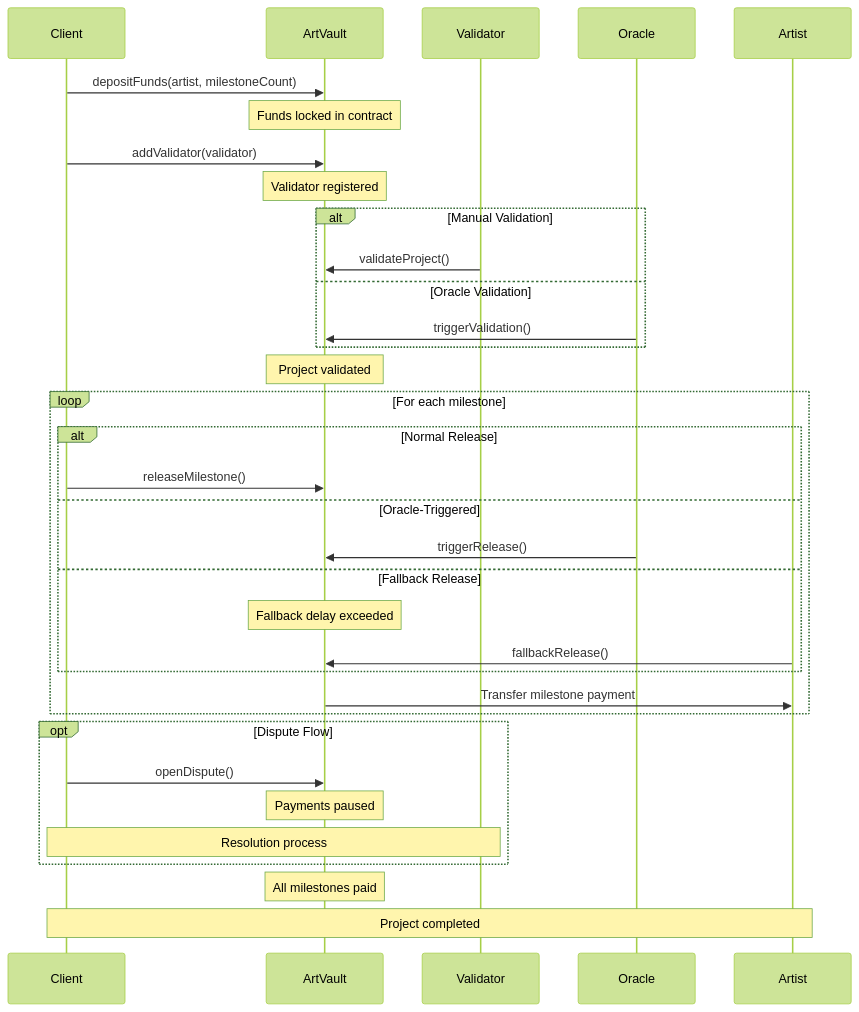
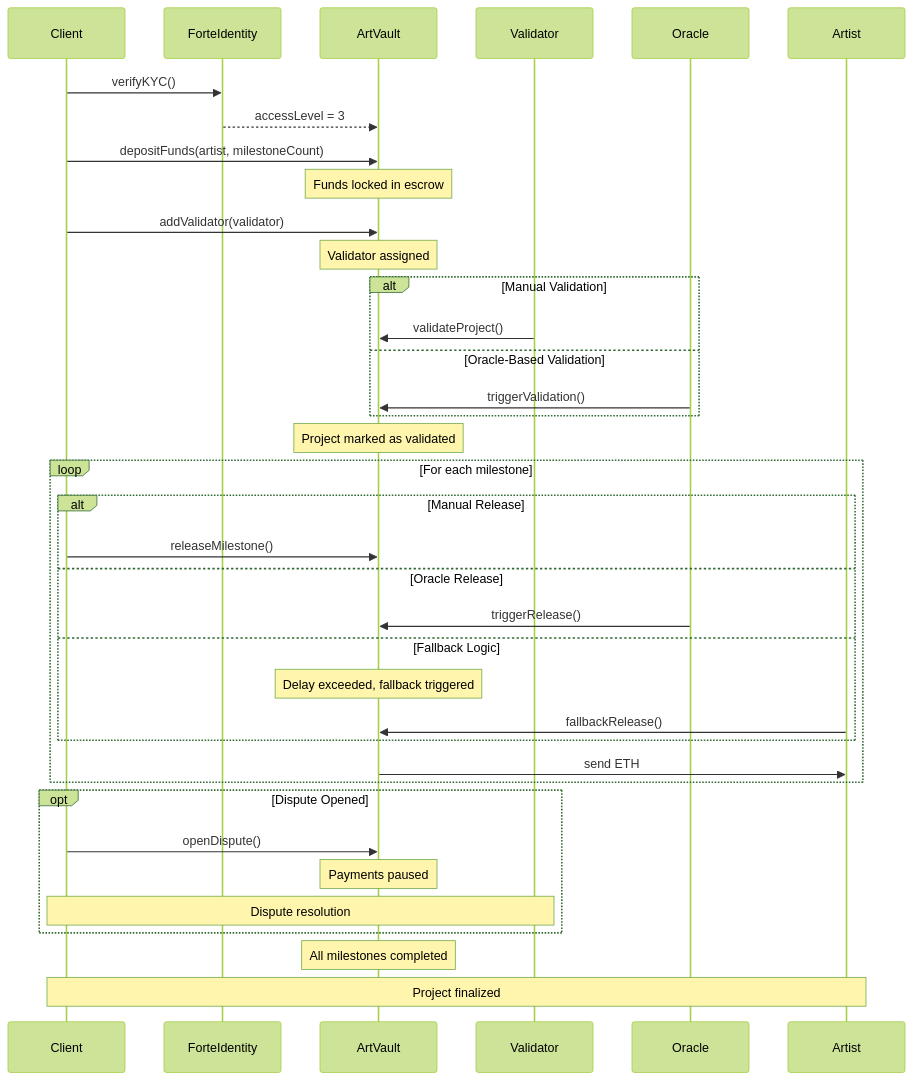
Before and after one commit to HananeBendisari/ArtVault: the diagram in docs/diagram.md, drawn with Mermaid (forest theme). The commit also changed other lines of this file and 3 other files, not shown here.

Commit message:
Update all documentation files: glossary, technical overview, project summary, workflow diagram

````diff
--- a/docs/diagram.md
+++ b/docs/diagram.md
@@ -5,48 +5,51 @@
 ```mermaid
 sequenceDiagram
     participant Client
+    participant ForteIdentity
     participant ArtVault
     participant Validator
     participant Oracle
     participant Artist
 
     %% Initial Setup
+    Client->>ForteIdentity: verifyKYC()
+    ForteIdentity-->>ArtVault: accessLevel = 3
     Client->>ArtVault: depositFunds(artist, milestoneCount)
-    Note over ArtVault: Funds locked in contract
+    Note over ArtVault: Funds locked in escrow
 
     %% Validator Assignment
     Client->>ArtVault: addValidator(validator)
-    Note over ArtVault: Validator registered
+    Note over ArtVault: Validator assigned
 
     %% Validation Phase
     alt Manual Validation
         Validator->>ArtVault: validateProject()
-    else Oracle Validation
+    else Oracle-Based Validation
         Oracle->>ArtVault: triggerValidation()
     end
-    Note over ArtVault: Project validated
+    Note over ArtVault: Project marked as validated
 
     %% Milestone Release Phase
     loop For each milestone
-        alt Normal Release
+        alt Manual Release
             Client->>ArtVault: releaseMilestone()
-        else Oracle-Triggered
+        else Oracle Release
             Oracle->>ArtVault: triggerRelease()
-        else Fallback Release
-            Note over ArtVault: Fallback delay exceeded
+        else Fallback Logic
+            Note over ArtVault: Delay exceeded, fallback triggered
             Artist->>ArtVault: fallbackRelease()
         end
-        ArtVault->>Artist: Transfer milestone payment
+        ArtVault->>Artist: send ETH
     end
 
-    %% Dispute Handling (can occur anytime before full release)
-    opt Dispute Flow
+    %% Dispute Handling
+    opt Dispute Opened
         Client->>ArtVault: openDispute()
         Note over ArtVault: Payments paused
-        Note over Client, Validator: Resolution process
+        Note over Client, Validator: Dispute resolution
     end
 
-    %% Project Completion
-    Note over ArtVault: All milestones paid
-    Note over Client, Artist: Project completed
+    %% Completion
+    Note over ArtVault: All milestones completed
+    Note over Client, Artist: Project finalized
 ```
````
